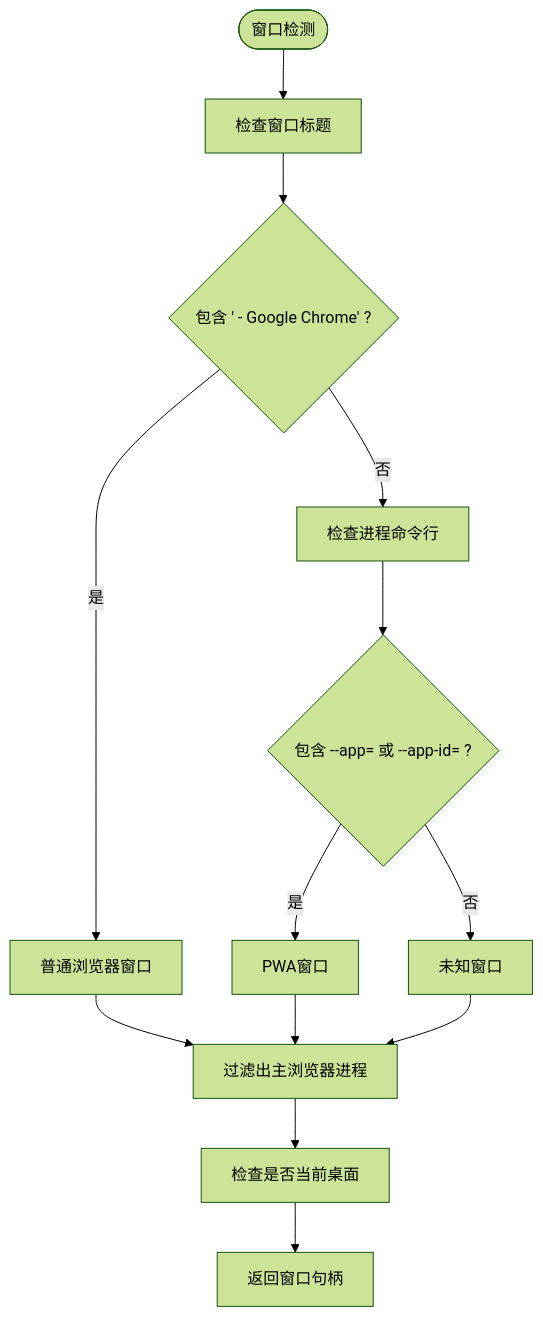
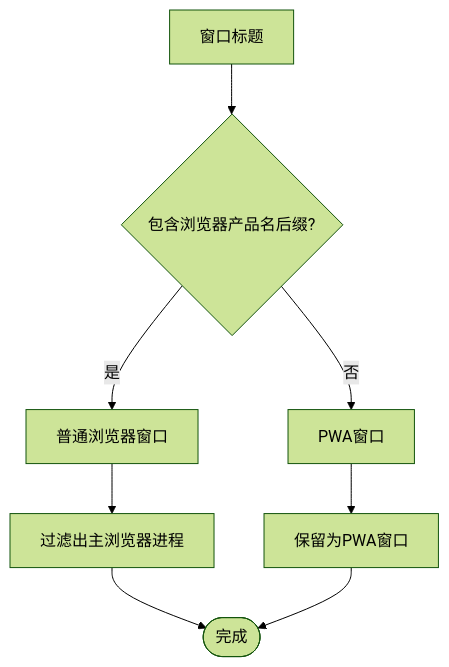
The tenth of 20 diagrams in .qoder/repowiki/zh/content/核心功能/浏览器应用管理.md (wangys-123doit/hotkey), drawn with Mermaid (forest theme) before and after one commit. The commit also changed other lines of this file and 9 other files, not shown here.

````diff
--- a/.qoder/repowiki/zh/content/核心功能/浏览器应用管理.md
+++ b/.qoder/repowiki/zh/content/核心功能/浏览器应用管理.md
@@ -439,15 +436,10 @@
 ```mermaid
 flowchart TD
-Start([窗口检测]) --> CheckTitle["检查窗口标题"]
-CheckTitle --> HasSuffix{"包含 ' - Google Chrome' ?"}
-HasSuffix --> |是| RegularBrowser["普通浏览器窗口"]
-HasSuffix --> |否| CheckCmdLine["检查进程命令行"]
-CheckCmdLine --> HasAppParam{"包含 --app= 或 --app-id= ?"}
-HasAppParam --> |是| PwaWindow["PWA窗口"]
-HasAppParam --> |否| UnknownWindow["未知窗口"]
+Title["窗口标题"] --> CheckSuffix{"包含浏览器产品名后缀?"}
+CheckSuffix --> |是| RegularBrowser["普通浏览器窗口"]
+CheckSuffix --> |否| PwaWindow["PWA窗口"]
 RegularBrowser --> FilterOut["过滤出主浏览器进程"]
-PwaWindow --> FilterOut
-UnknownWindow --> FilterOut
-FilterOut --> CurrentDesktop["检查是否当前桌面"]
-CurrentDesktop --> ReturnHwnd["返回窗口句柄"]
+PwaWindow --> KeepWindow["保留为PWA窗口"]
+FilterOut --> End([完成])
+KeepWindow --> End
 ```
````
